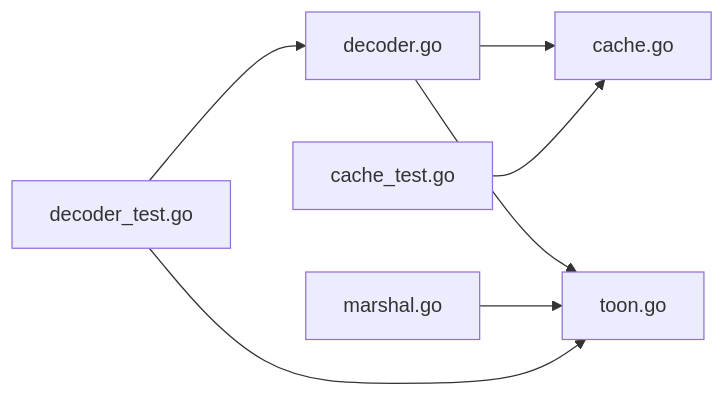
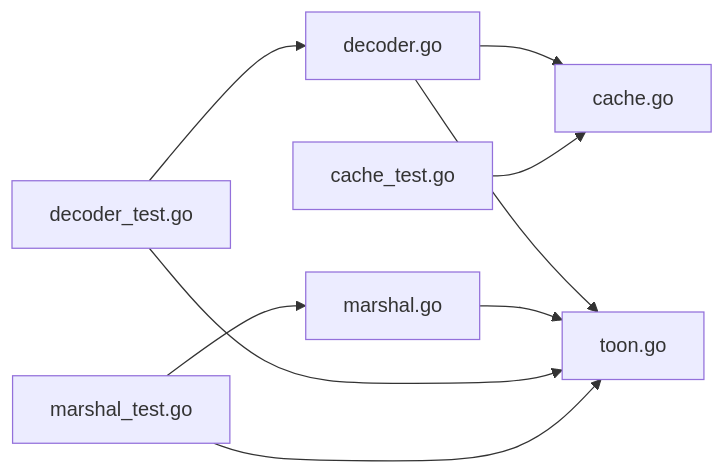
Before and after one commit to OTumanov/go-toon: the sixth of 6 diagrams in .qoder/repowiki/en/content/Testing and Quality Assurance.md, drawn with Mermaid. The commit also changed other lines of this file and 6 other files, not shown here.

````diff
--- a/.qoder/repowiki/en/content/Testing and Quality Assurance.md
+++ b/.qoder/repowiki/en/content/Testing and Quality Assurance.md
@@ -249,9 +279,11 @@
 ```mermaid
 graph LR
 D["decoder.go"] --> C["cache.go"]
 D --> E["toon.go"]
 M["marshal.go"] --> E
 T1["decoder_test.go"] --> D
 T1 --> E
 T2["cache_test.go"] --> C
+T3["marshal_test.go"] --> M
+T3 --> E
 ```
````
